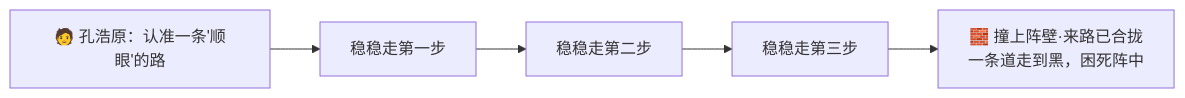
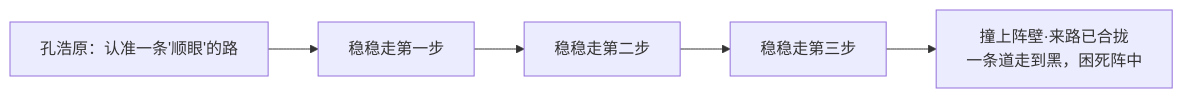
The first of 3 diagrams in docs/09_STORY_修仙学AI/STORY-番外/[STORY-番外-110] 番外11·万途并参·择优而行.md (luckykhy/KhyAiHub), drawn with Mermaid before and after one commit. The commit also changed other lines of this file and 19 other files, not shown here.

````diff
--- a/docs/09_STORY_修仙学AI/STORY-番外/[STORY-番外-110] 番外11·万途并参·择优而行.md
+++ b/docs/09_STORY_修仙学AI/STORY-番外/[STORY-番外-110] 番外11·万途并参·择优而行.md
@@ -31,7 +31,7 @@
 ```mermaid
 flowchart LR
-  IN["🧑 孔浩原：认准一条'顺眼'的路"] --> S1["稳稳走第一步"]
+  IN["孔浩原：认准一条'顺眼'的路"] --> S1["稳稳走第一步"]
   S1 --> S2["稳稳走第二步"]
   S2 --> S3["稳稳走第三步"]
-  S3 --> WALL["🧱 撞上阵壁·来路已合拢<br/>一条道走到黑，困死阵中"]
+  S3 --> WALL["撞上阵壁·来路已合拢<br/>一条道走到黑，困死阵中"]
 ```
````
